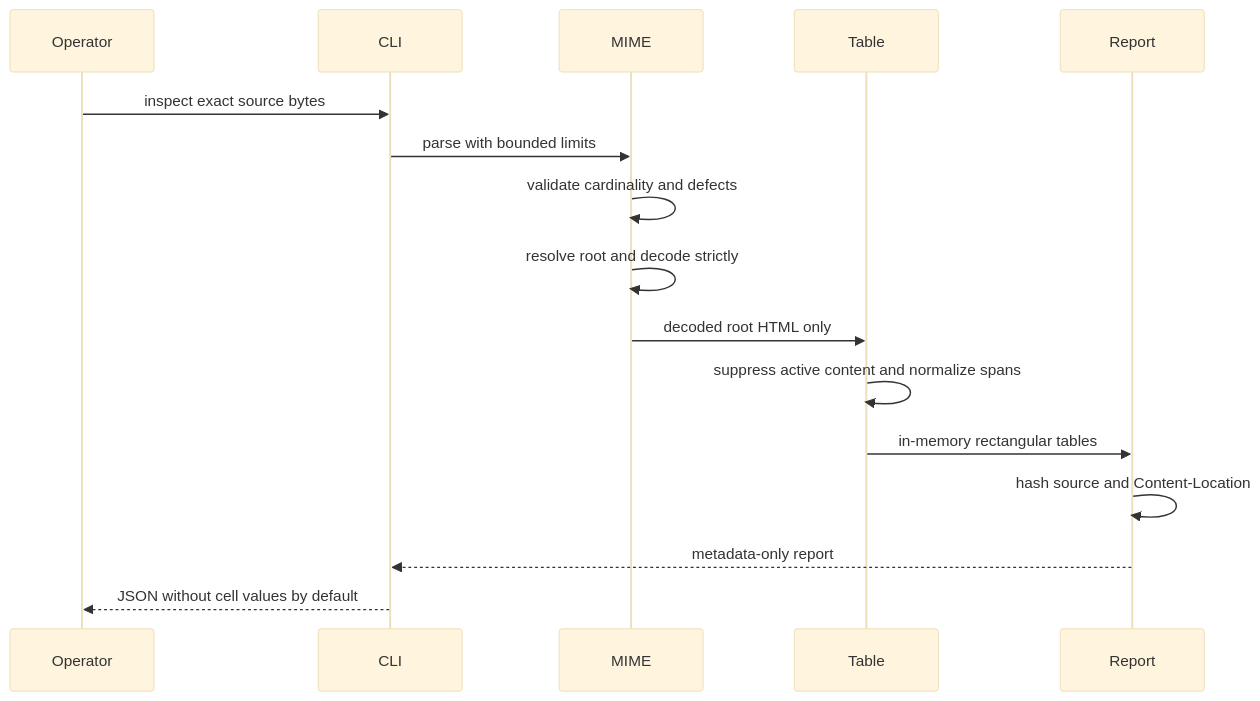
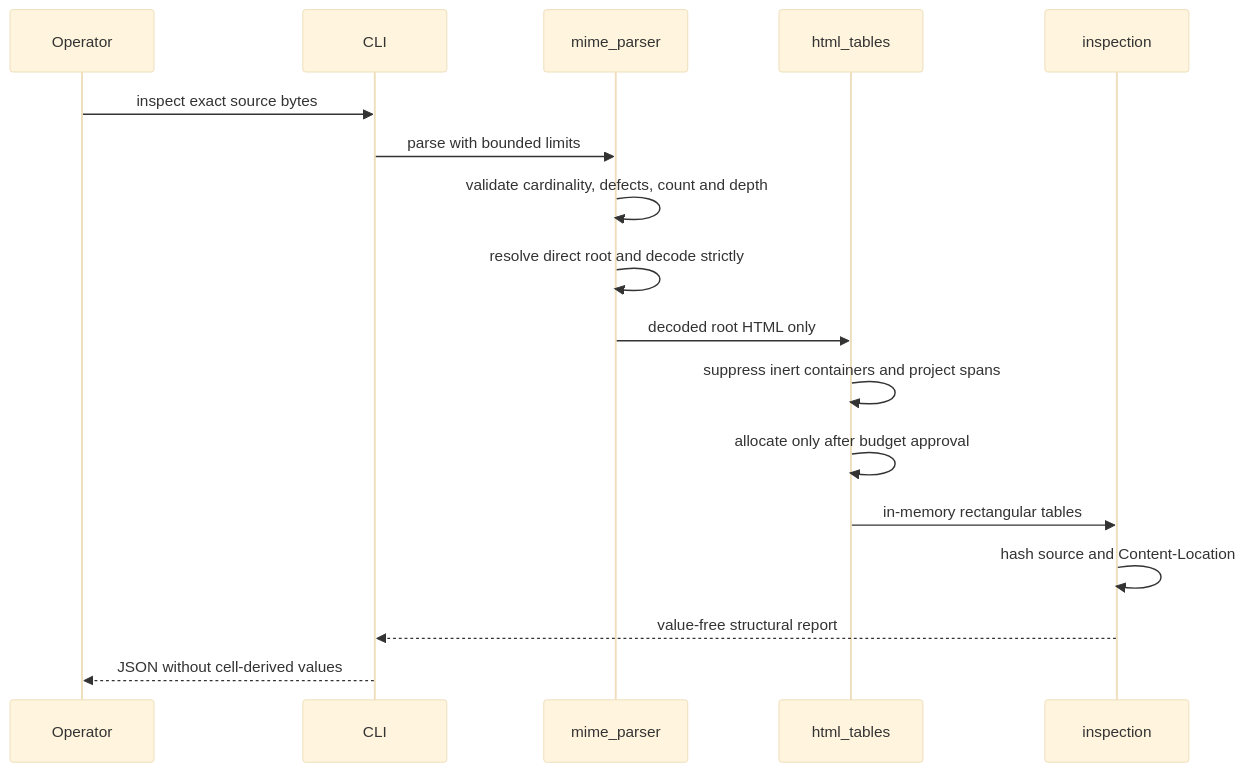
One commit to ContextualWisdomLab/mhtml-etl-gateway changed the second of 3 diagrams in docs/ARCHITECTURE.md. Above: the diagram before and after it, drawn with Mermaid (base theme). The commit also changed other lines of this file, not shown here.

Commit message:
docs: align architecture with implemented modules and privacy boundary

````diff
--- a/docs/ARCHITECTURE.md
+++ b/docs/ARCHITECTURE.md
@@ -35,19 +37,20 @@
 ```mermaid
 sequenceDiagram
     participant Operator
     participant CLI
-    participant MIME
-    participant Table
-    participant Report
+    participant MIME as mime_parser
+    participant Table as html_tables
+    participant Report as inspection
 
     Operator->>CLI: inspect exact source bytes
     CLI->>MIME: parse with bounded limits
-    MIME->>MIME: validate cardinality and defects
-    MIME->>MIME: resolve root and decode strictly
+    MIME->>MIME: validate cardinality, defects, count and depth
+    MIME->>MIME: resolve direct root and decode strictly
     MIME->>Table: decoded root HTML only
-    Table->>Table: suppress active content and normalize spans
+    Table->>Table: suppress inert containers and project spans
+    Table->>Table: allocate only after budget approval
     Table->>Report: in-memory rectangular tables
     Report->>Report: hash source and Content-Location
-    Report-->>CLI: metadata-only report
-    CLI-->>Operator: JSON without cell values by default
+    Report-->>CLI: value-free structural report
+    CLI-->>Operator: JSON without cell-derived values
 ```
````
